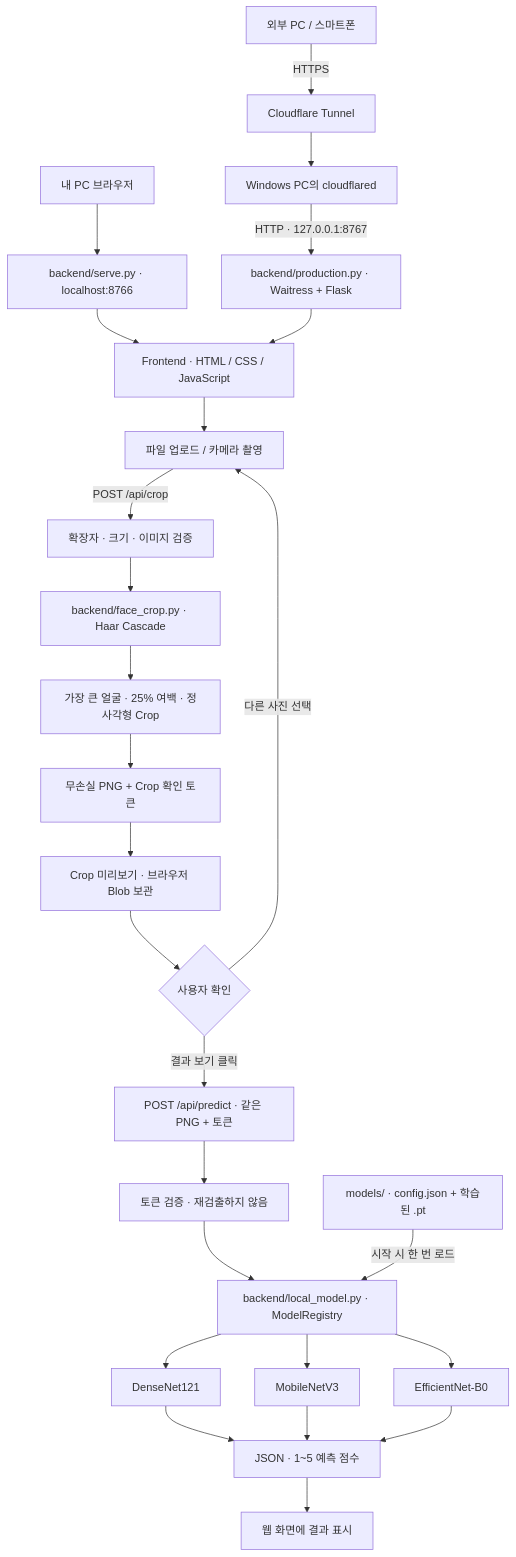
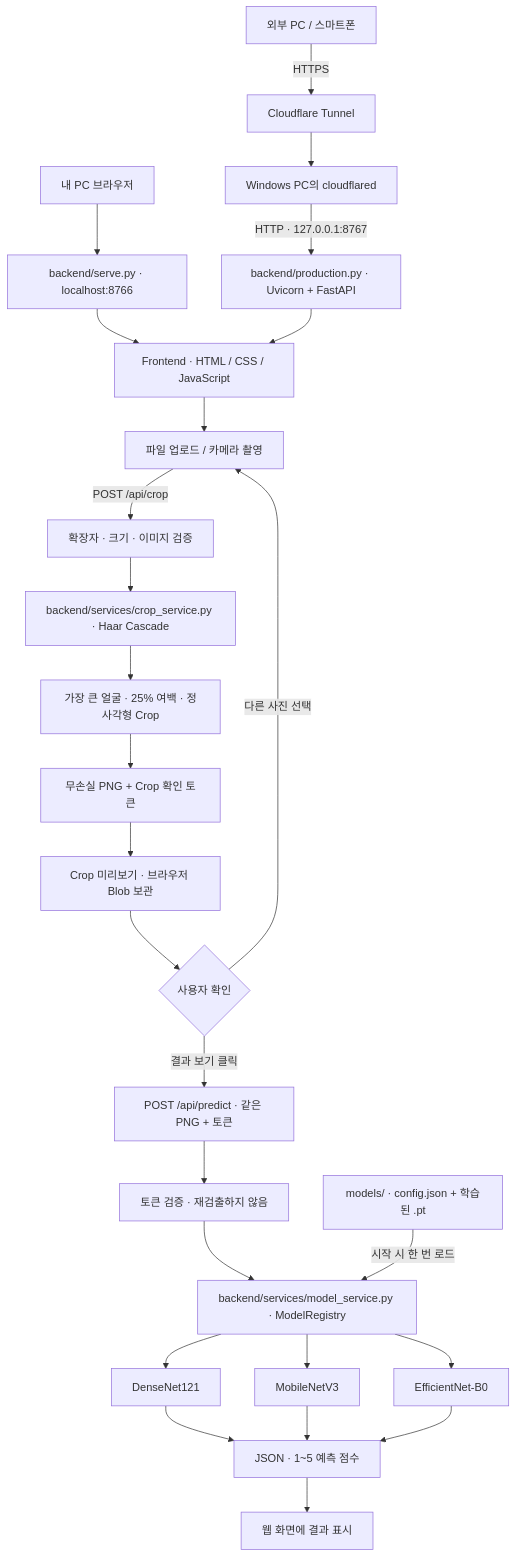
One commit to dada303/image_attractive_visionProject changed the diagram in face_score_web_add_cropping/README.md. Above: the diagram before and after it, drawn with Mermaid. The commit also changed other lines of this file and 5269 other files, not shown here.

````diff
--- a/face_score_web_add_cropping/README.md
+++ b/face_score_web_add_cropping/README.md
@@ -14,28 +14,28 @@
 ```mermaid
 flowchart TD
     LOCAL["내 PC 브라우저"] --> DEV["backend/serve.py · localhost:8766"]
     REMOTE["외부 PC / 스마트폰"] -->|HTTPS| CF["Cloudflare Tunnel"]
     CF --> AGENT["Windows PC의 cloudflared"]
-    AGENT -->|HTTP · 127.0.0.1:8767| PROD["backend/production.py · Waitress + Flask"]
+    AGENT -->|HTTP · 127.0.0.1:8767| PROD["backend/production.py · Uvicorn + FastAPI"]
     DEV --> UI["Frontend · HTML / CSS / JavaScript"]
     PROD --> UI
     UI --> INPUT["파일 업로드 / 카메라 촬영"]
     INPUT -->|POST /api/crop| VALIDATE["확장자 · 크기 · 이미지 검증"]
-    VALIDATE --> HAAR["backend/face_crop.py · Haar Cascade"]
+    VALIDATE --> HAAR["backend/services/crop_service.py · Haar Cascade"]
     HAAR --> BOX["가장 큰 얼굴 · 25% 여백 · 정사각형 Crop"]
     BOX --> PNG["무손실 PNG + Crop 확인 토큰"]
     PNG --> PREVIEW["Crop 미리보기 · 브라우저 Blob 보관"]
     PREVIEW --> CHECK{"사용자 확인"}
     CHECK -->|다른 사진 선택| INPUT
     CHECK -->|결과 보기 클릭| API["POST /api/predict · 같은 PNG + 토큰"]
     API --> VERIFY["토큰 검증 · 재검출하지 않음"]
-    VERIFY --> REG["backend/local_model.py · ModelRegistry"]
+    VERIFY --> REG["backend/services/model_service.py · ModelRegistry"]
     WEIGHTS["models/ · config.json + 학습된 .pt"] -->|시작 시 한 번 로드| REG
     REG --> DENSE["DenseNet121"]
     REG --> MOBILE["MobileNetV3"]
     REG --> EFFICIENT["EfficientNet-B0"]
     DENSE --> RESULT["JSON · 1~5 예측 점수"]
     MOBILE --> RESULT
     EFFICIENT --> RESULT
     RESULT --> DISPLAY["웹 화면에 결과 표시"]
 ```
````
